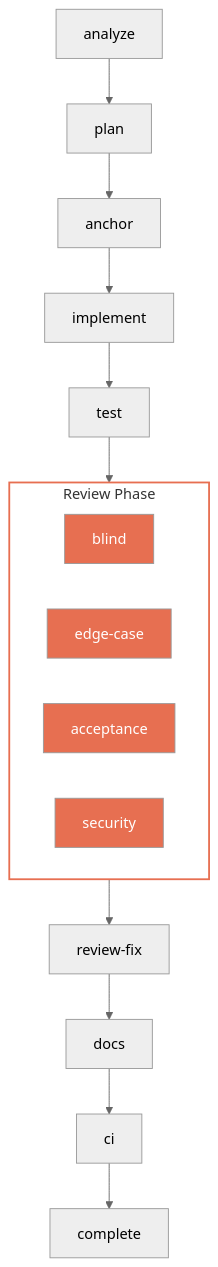
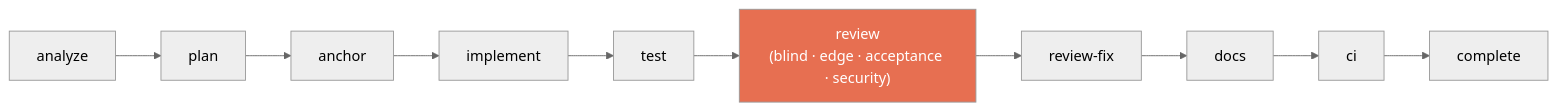
One commit to jamescrowley321/identity-stack-planning changed the third of 3 diagrams in README.md. Above: the diagram before and after it, drawn with Mermaid (neutral theme). The commit also changed other lines of this file, not shown here.

First line of the commit message:
docs: fix ER diagram overflow and pipeline vertical sprawl

````diff
--- a/README.md
+++ b/README.md
@@ -300,21 +260,8 @@
 ```mermaid
-flowchart TD
+flowchart LR
     A[analyze] --> P[plan] --> AN[anchor] --> I[implement] --> T[test]
+    T --> R["review\n(blind · edge · acceptance · security)"]
+    R --> RF[review-fix] --> D[docs] --> CI[ci] --> DONE[complete]
 
-    subgraph review["Review Phase"]
-        R1[blind]
-        R2[edge-case]
-        R3[acceptance]
-        R4[security]
-    end
-
-    T --> review
-    review --> RF[review-fix]
-    RF --> D[docs] --> CI[ci] --> DONE[complete]
-
-    style R1 fill:#e76f51,color:#fff
-    style R2 fill:#e76f51,color:#fff
-    style R3 fill:#e76f51,color:#fff
-    style R4 fill:#e76f51,color:#fff
-    style review fill:none,stroke:#e76f51,stroke-width:2px
+    style R fill:#e76f51,color:#fff
 ```
````
